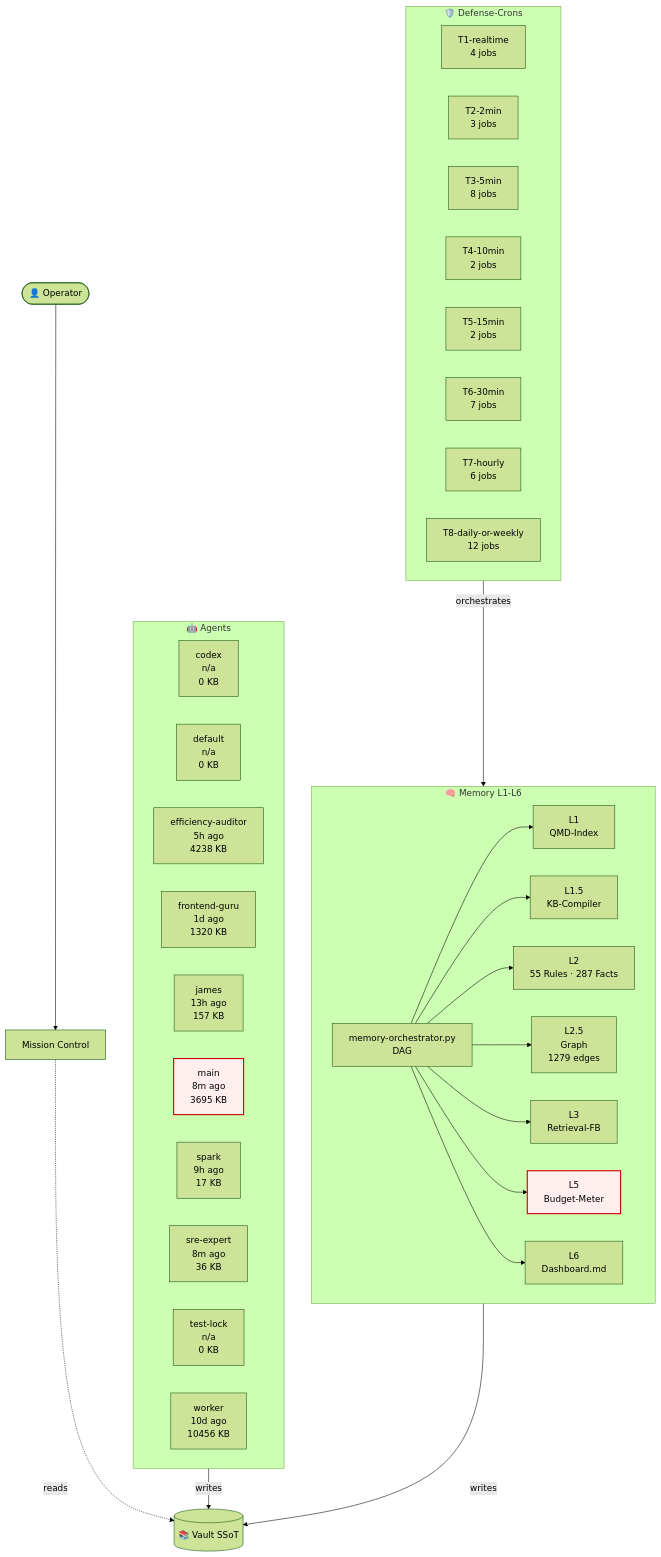
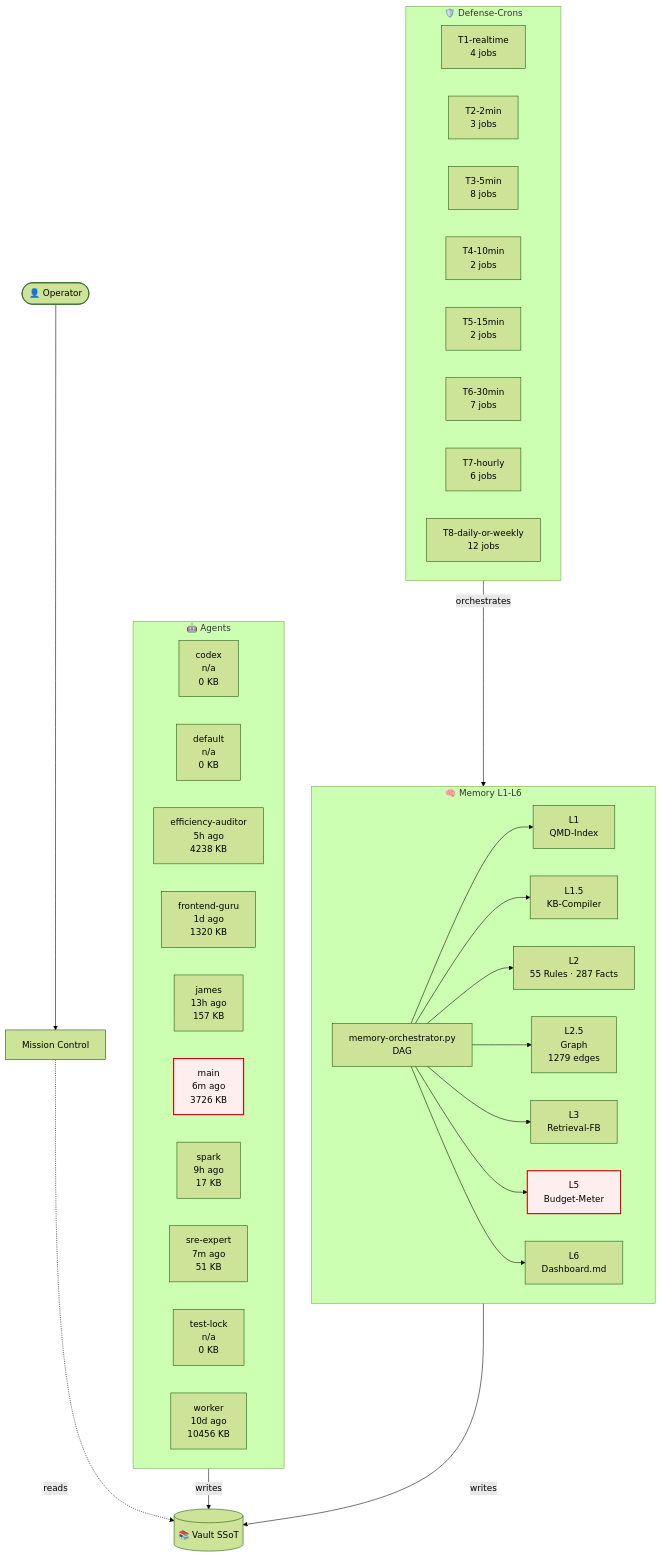
One commit to lenardhuebner88-rgb/openclaw-memory changed the diagram in 03-Agents/architecture-live.md. Above: the diagram before and after it, drawn with Mermaid (forest theme). The commit also changed other lines of this file and 1 other file, not shown here.

````diff
--- a/03-Agents/architecture-live.md
+++ b/03-Agents/architecture-live.md
@@ -18,53 +18,53 @@
 ```mermaid
 flowchart TB
     classDef critical fill:#fee,stroke:#c00,stroke-width:2px;
     subgraph AGT["🤖 Agents"]
         agent_codex["codex<br/>n/a<br/>0 KB"]
         agent_default["default<br/>n/a<br/>0 KB"]
         agent_efficiency_auditor["efficiency-auditor<br/>5h ago<br/>4238 KB"]
         agent_frontend_guru["frontend-guru<br/>1d ago<br/>1320 KB"]
         agent_james["james<br/>13h ago<br/>157 KB"]
-        agent_main["main<br/>8m ago<br/>3695 KB"]
+        agent_main["main<br/>6m ago<br/>3726 KB"]
         agent_spark["spark<br/>9h ago<br/>17 KB"]
-        agent_sre_expert["sre-expert<br/>8m ago<br/>36 KB"]
+        agent_sre_expert["sre-expert<br/>7m ago<br/>51 KB"]
         agent_test_lock["test-lock<br/>n/a<br/>0 KB"]
         agent_worker["worker<br/>10d ago<br/>10456 KB"]
     end
     subgraph MEM["🧠 Memory L1-L6"]
         L1["L1<br/>QMD-Index"]
         L15["L1.5<br/>KB-Compiler"]
         L2["L2<br/>55 Rules · 287 Facts"]
         L25["L2.5<br/>Graph<br/>1279 edges"]
         L3["L3<br/>Retrieval-FB"]
         L5["L5<br/>Budget-Meter"]
         L6["L6<br/>Dashboard.md"]
         ORCH["memory-orchestrator.py<br/>DAG"]
     end
     subgraph CRN["🛡️ Defense-Crons"]
         tier_T1_realtime["T1-realtime<br/>4 jobs"]
         tier_T2_2min["T2-2min<br/>3 jobs"]
         tier_T3_5min["T3-5min<br/>8 jobs"]
         tier_T4_10min["T4-10min<br/>2 jobs"]
         tier_T5_15min["T5-15min<br/>2 jobs"]
         tier_T6_30min["T6-30min<br/>7 jobs"]
         tier_T7_hourly["T7-hourly<br/>6 jobs"]
         tier_T8_daily_or_weekly["T8-daily-or-weekly<br/>12 jobs"]
     end
     VAULT[("📚 Vault SSoT")]
     OP([👤 Operator])
     MC["Mission Control"]
     OP --> MC
     MC -.reads.-> VAULT
     AGT -->|writes| VAULT
     MEM -->|writes| VAULT
     ORCH --> L1
     ORCH --> L15
     ORCH --> L2
     ORCH --> L25
     ORCH --> L3
     ORCH --> L5
     ORCH --> L6
     CRN -->|orchestrates| MEM
     class L5 critical
     class agent_main critical
 ```
````
